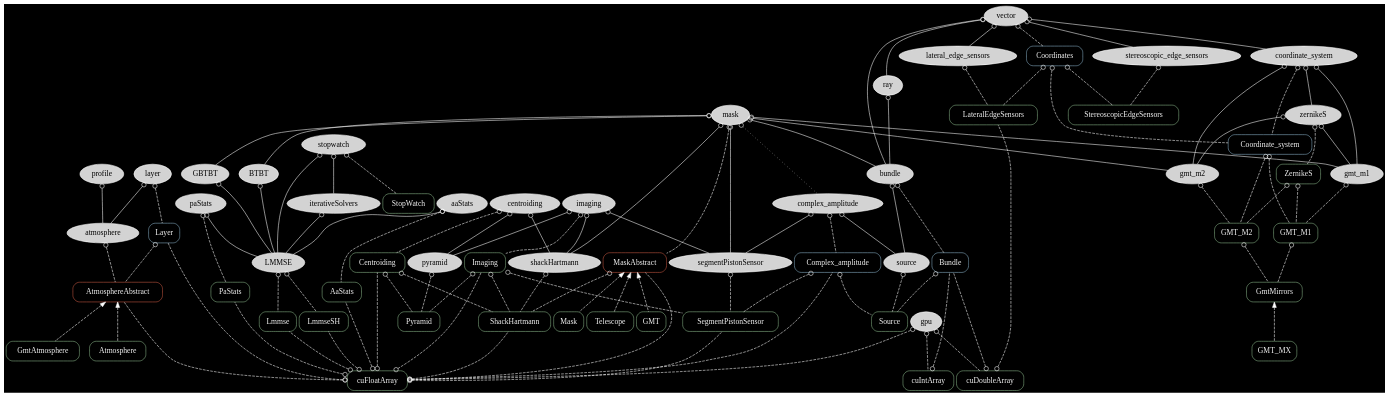
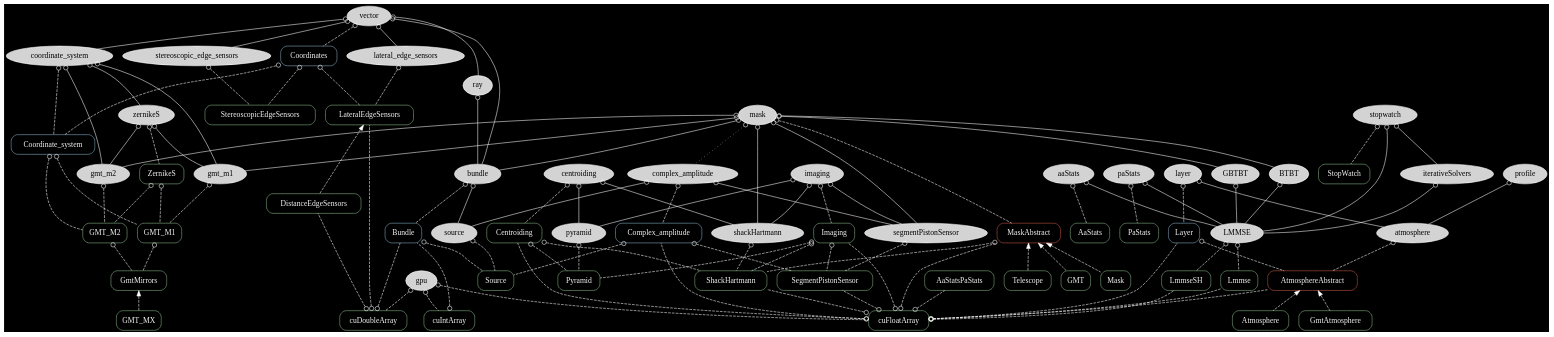
One commit to rconan/CEO changed the diagram in graph/ceo.dot. Above: the diagram before and after it, drawn with Graphviz. The commit also changed 4 other files, not shown here.

Commit message:
DISTANCE EDGE SENSORS A new python class: DistanceEdgeSensors for the edge sensor model that measure the distance between segment edges

```diff
--- a/graph/ceo.dot
+++ b/graph/ceo.dot
@@ -1,158 +1,125 @@
 digraph {
 overlap=false
 splines=true
 bgcolor = black
 node[style=filled,fillcolor=lightgray,color=white];
 edge[arrowtail=odot,dir=back,color=white];
 
-mask -> shackHartmann;
-imaging -> shackHartmann;
 centroiding -> shackHartmann;
-imaging -> pyramid;
 centroiding -> pyramid;
 bundle -> source;
 
 coordinate_system -> zernikeS;
 coordinate_system -> gmt_m1;
 coordinate_system -> gmt_m2
 
-mask -> gmt_m1;
-mask -> gmt_m2;
-
 zernikeS -> gmt_m1;
 zernikeS -> gmt_m2;
 
-vector -> stereoscopic_edge_sensors;
-vector -> lateral_edge_sensors;
-
-vector -> coordinate_system;
-vector -> bundle;
-
-mask -> bundle;
 ray -> bundle;
-vector -> ray;
+vector -> {stereoscopic_edge_sensors;lateral_edge_sensors;coordinate_system;bundle;ray;}
 complex_amplitude -> source;
 
 layer -> atmosphere;
 profile -> atmosphere;
 
-mask -> BTBT;
-mask -> GBTBT;
-aaStats -> LMMSE;
-paStats -> LMMSE;
-BTBT -> LMMSE;
-GBTBT -> LMMSE;
-iterativeSolvers -> LMMSE;
-stopwatch -> LMMSE;
+{aaStats;paStats;BTBT;GBTBT;iterativeSolvers;stopwatch;} -> LMMSE;
 stopwatch -> iterativeSolvers;
 
 gpu;
 
 complex_amplitude -> segmentPistonSensor;
-mask -> segmentPistonSensor;
-imaging -> segmentPistonSensor;
+mask -> {shackHartmann;gmt_m1;gmt_m2;bundle;BTBT;GBTBT;segmentPistonSensor;}
+imaging -> {shackHartmann;pyramid;segmentPistonSensor;}
 
 edge[style=dotted,color=white]
 mask -> complex_amplitude;
 
 node[color=darkseagreen,style=rounded,shape=box,fontcolor=whitesmoke];
 edge[style=dashed,color=white]
 
 aaStats -> AaStats;
 paStats -> PaStats;
 
 centroiding -> Centroiding;
 imaging -> Imaging;
-cuFloatArray -> Imaging;
-cuFloatArray -> Centroiding;
 
 source -> Source;
 Complex_amplitude[color=lightskyblue3];
 complex_amplitude -> Complex_amplitude;
-cuFloatArray -> Complex_amplitude;
 Bundle[color=lightskyblue3];
 bundle -> Bundle;
 cuDoubleArray -> Bundle;
 cuIntArray -> Bundle;
 Complex_amplitude -> Source[label="wavefront"];
 Bundle -> Source[label="rays"];
 
 shackHartmann -> ShackHartmann;
 MaskAbstract -> ShackHartmann;
-cuFloatArray -> ShackHartmann
-Imaging -> ShackHartmann;
 Centroiding -> ShackHartmann;
 
 pyramid -> Pyramid;
-Imaging -> Pyramid;
 Centroiding -> Pyramid;
 
 segmentPistonSensor -> SegmentPistonSensor;
-cuFloatArray -> SegmentPistonSensor;
 
 gmt_m1 -> GMT_M1;
 gmt_m2 -> GMT_M2;
 ZernikeS;
 zernikeS -> ZernikeS;
 ZernikeS -> GMT_M1;
 ZernikeS -> GMT_M2;
 GMT_M1 -> GmtMirrors[label="M1"];
 GMT_M2 -> GmtMirrors[label="M2"];
 Coordinate_system[color=lightskyblue3];
 coordinate_system -> Coordinate_system;
 Coordinate_system -> GMT_M1;
 Coordinate_system -> GMT_M2;
 Coordinates[color=lightskyblue3];
 Coordinates -> Coordinate_system;
 vector -> Coordinates;
 
 stereoscopic_edge_sensors -> StereoscopicEdgeSensors;
 Coordinates -> StereoscopicEdgeSensors;
 
 lateral_edge_sensors -> LateralEdgeSensors;
 Coordinates -> LateralEdgeSensors;
-cuDoubleArray -> LateralEdgeSensors;
+cuDoubleArray -> {LateralEdgeSensors; DistanceEdgeSensors;}
+
 
 AtmosphereAbstract[color=coral3];
 atmosphere -> AtmosphereAbstract;
 Layer[color=lightskyblue3];
 layer -> Layer -> AtmosphereAbstract;
-cuFloatArray -> Layer;
 
 MaskAbstract[color=coral3]
 mask -> MaskAbstract;
-cuFloatArray -> MaskAbstract;
 Complex_amplitude -> SegmentPistonSensor;
-Imaging -> SegmentPistonSensor;
+Imaging -> {ShackHartmann;Pyramid;SegmentPistonSensor;}
 
 stopwatch -> StopWatch;
 
-gpu -> cuFloatArray;
-gpu -> cuIntArray;
-gpu -> cuDoubleArray;
-LMMSE -> Lmmse;
-LMMSE -> LmmseSH;
-cuFloatArray -> Lmmse;
-cuFloatArray -> LmmseSH;
-cuFloatArray -> AtmosphereAbstract;
-cuFloatArray -> AaStats
-cuFloatArray -> PaStats
+gpu -> {cuFloatArray;cuIntArray;cuDoubleArray;}
+LMMSE -> {Lmmse;LmmseSH;}
+cuFloatArray -> {Imaging;Centroiding;Complex_amplitude;ShackHartmann;SegmentPistonSensor;Layer;MaskAbstract;Lmmse;LmmseSH;AtmosphereAbstract;AaStatsPaStats;}
 
 edge[dir=back,arrowtail=normal];
 
 AtmosphereAbstract -> Atmosphere;
 AtmosphereAbstract -> GmtAtmosphere;
 
 MaskAbstract -> Mask;
 MaskAbstract -> Telescope;
 MaskAbstract -> GMT;
 
 GmtMirrors -> GMT_MX;
 
+LateralEdgeSensors -> DistanceEdgeSensors;
+
 #{rank = source; mask;}
 #{rank = same; gpu; GMT_MX; Atmosphere;}
 #{rank = same; Source; ShackHartmann}
 #{rank=same; stopwatch; StopWatch;}
 {rank = same; cuFloatArray; cuDoubleArray; cuIntArray}
 {rank = sink; cuFloatArray}
 }
```
